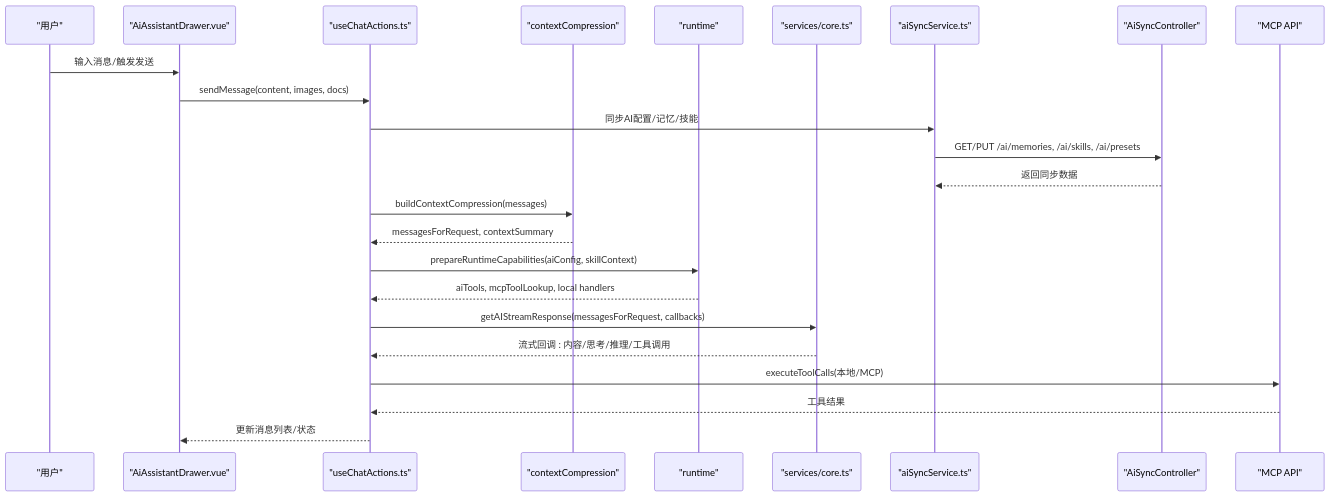
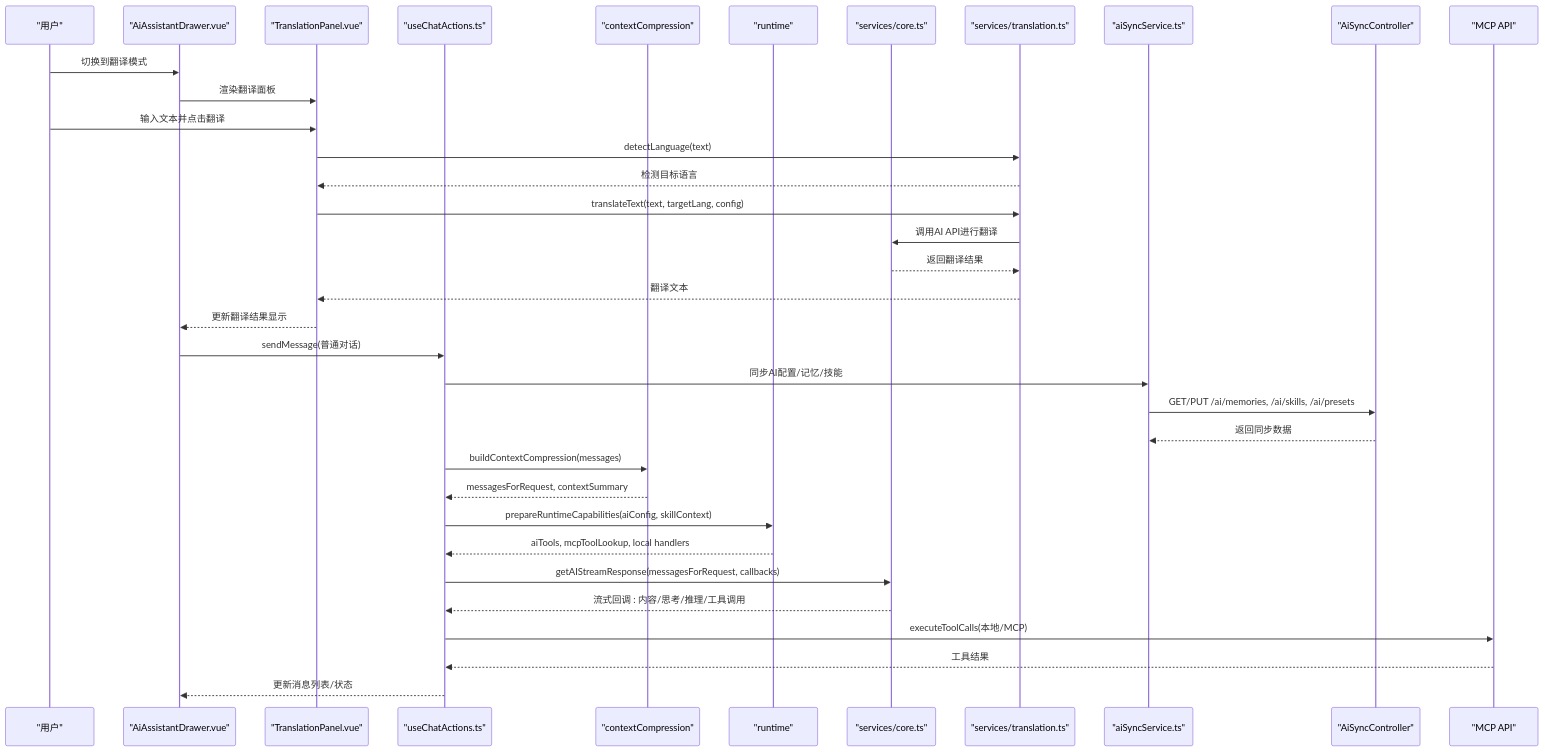
Before and after one commit to xixixiaoyu/Todo: the second of 15 diagrams in .qoder/repowiki/zh/content/核心模块/AI助手系统/AI助手系统.md, drawn with Mermaid. The commit also changed other lines of this file and 5 other files, not shown here.

````diff
--- a/.qoder/repowiki/zh/content/核心模块/AI助手系统/AI助手系统.md
+++ b/.qoder/repowiki/zh/content/核心模块/AI助手系统/AI助手系统.md
@@ -225,26 +255,37 @@
 ```mermaid
 sequenceDiagram
 participant U as "用户"
 participant D as "AiAssistantDrawer.vue"
+participant T as "TranslationPanel.vue"
 participant C as "useChatActions.ts"
 participant CC as "contextCompression"
 participant R as "runtime"
 participant S as "services/core.ts"
+participant TS as "services/translation.ts"
 participant MS as "aiSyncService.ts"
 participant SYNC as "AiSyncController"
 participant M as "MCP API"
-U->>D : 输入消息/触发发送
-D->>C : sendMessage(content, images, docs)
+U->>D : 切换到翻译模式
+D->>T : 渲染翻译面板
+U->>T : 输入文本并点击翻译
+T->>TS : detectLanguage(text)
+TS-->>T : 检测目标语言
+T->>TS : translateText(text, targetLang, config)
+TS->>S : 调用AI API进行翻译
+S-->>TS : 返回翻译结果
+TS-->>T : 翻译文本
+T-->>D : 更新翻译结果显示
+D->>C : sendMessage(普通对话)
 C->>MS : 同步AI配置/记忆/技能
 MS->>SYNC : GET/PUT /ai/memories, /ai/skills, /ai/presets
 SYNC-->>MS : 返回同步数据
 C->>CC : buildContextCompression(messages)
 CC-->>C : messagesForRequest, contextSummary
 C->>R : prepareRuntimeCapabilities(aiConfig, skillContext)
 R-->>C : aiTools, mcpToolLookup, local handlers
 C->>S : getAIStreamResponse(messagesForRequest, callbacks)
 S-->>C : 流式回调 : 内容/思考/推理/工具调用
 C->>M : executeToolCalls(本地/MCP)
 M-->>C : 工具结果
 C-->>D : 更新消息列表/状态
 ```
````
